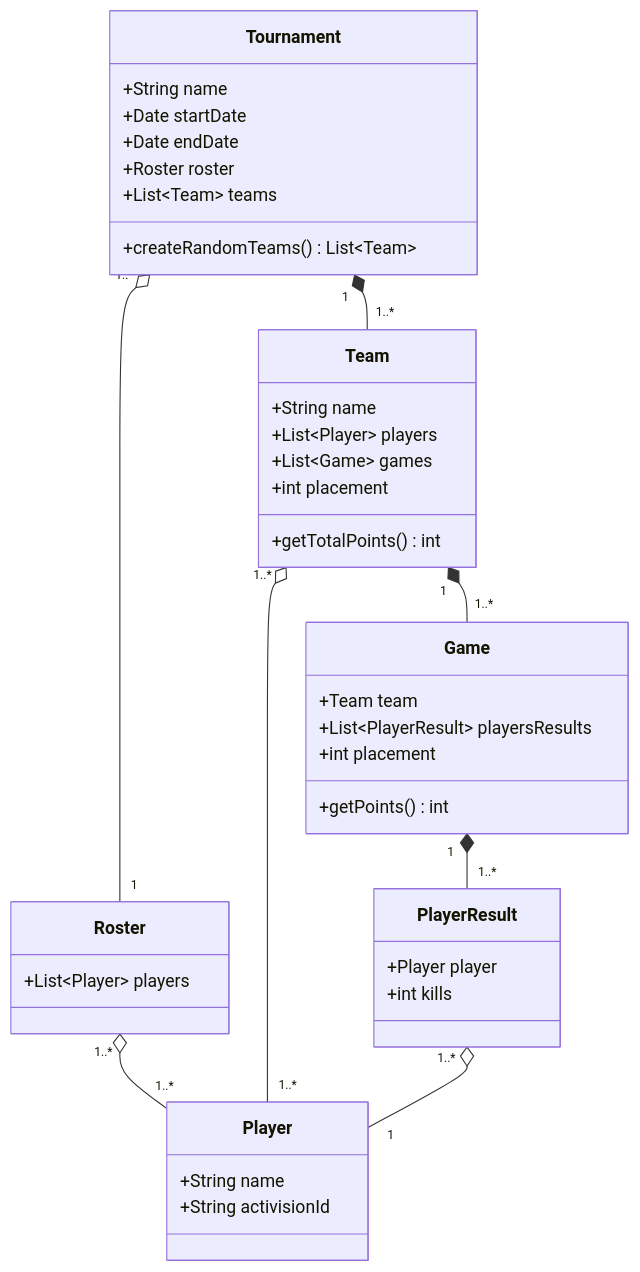
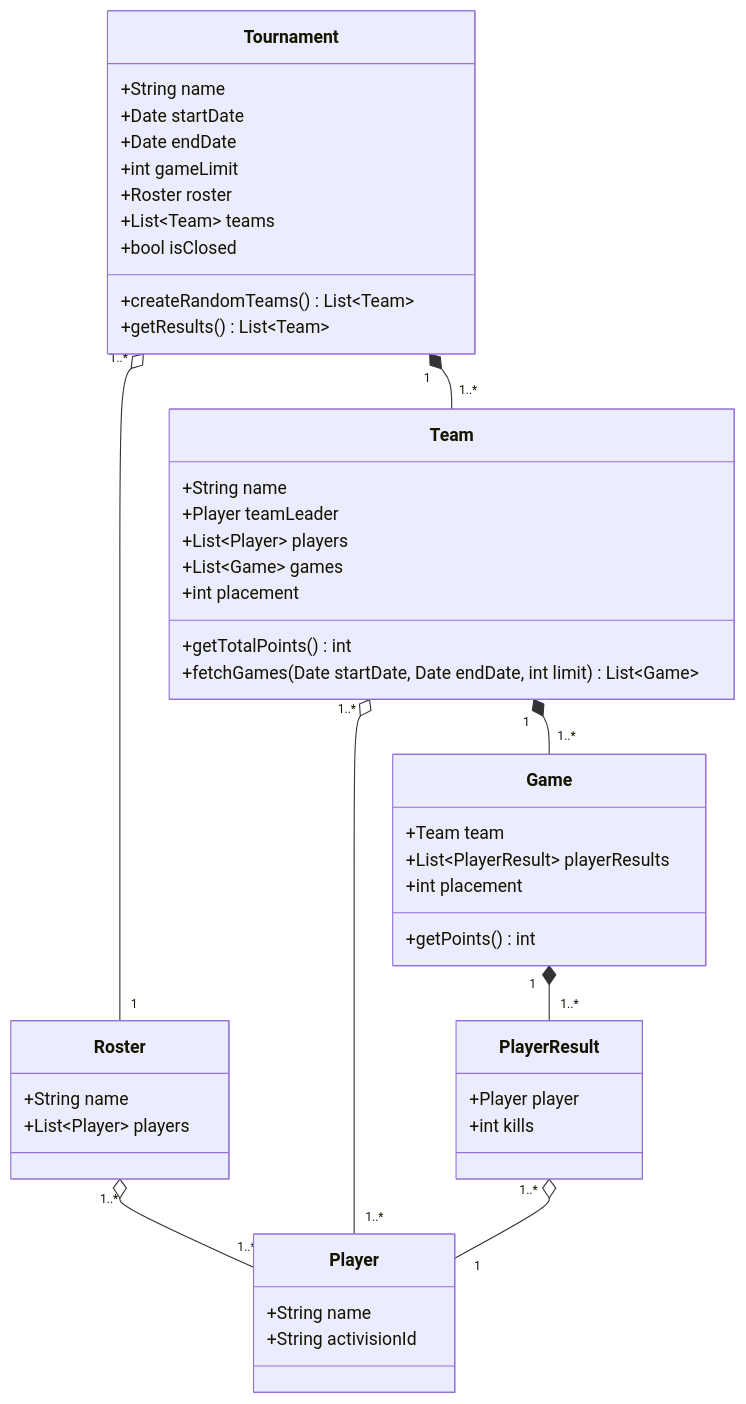
One commit to ttirtia/cod-wz-tournament-api changed the diagram in docs/class-diagram.mmd. Above: the diagram before and after it, drawn with Mermaid. The commit also changed 1 other file, not shown here.

Commit message:
add details to class diagram

```diff
--- a/docs/class-diagram.mmd
+++ b/docs/class-diagram.mmd
@@ -1,49 +1,55 @@
 classDiagram
   class Tournament {
     +String name
     +Date startDate
     +Date endDate
+    +int gameLimit
     +Roster roster
     +List~Team~ teams
+    +bool isClosed
 
     +createRandomTeams() List~Team~
+    +getResults() List~Team~
   }
 
   class Roster {
+    +String name
     +List~Player~ players
   }
 
   class Player {
     +String name
     +String activisionId
   }
 
   class Team {
     +String name
+    +Player teamLeader
     +List~Player~ players
     +List~Game~ games
     +int placement
 
     +getTotalPoints() int
+    +fetchGames(Date startDate, Date endDate, int limit) List~Game~
   }
 
   class Game {
     +Team team
-    +List~PlayerResult~ playersResults
+    +List~PlayerResult~ playerResults
     +int placement
 
     +getPoints() int
   }
 
   class PlayerResult {
     +Player player
     +int kills
   }
 
   Tournament "1..*" o-- "1" Roster
   Tournament "1" *-- "1..*" Team
   Roster "1..*" o-- "1..*" Player
   Team "1..*" o-- "1..*" Player
   Team "1" *-- "1..*" Game
   Game "1" *-- "1..*" PlayerResult
   PlayerResult "1..*" o-- "1" Player
```
